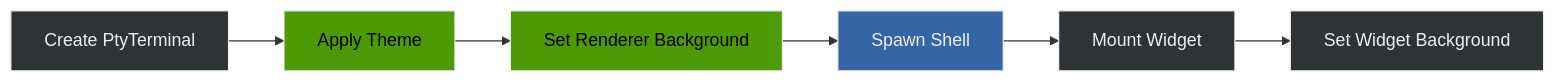
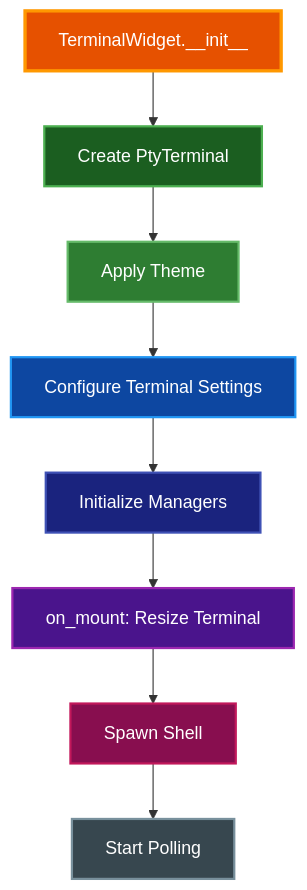
One commit to paulrobello/par-term-emu-tui-rust changed the diagram in docs/THEMES.md. Above: the diagram before and after it, drawn with Mermaid. The commit also changed other lines of this file and 21 other files, not shown here.

````diff
--- a/docs/THEMES.md
+++ b/docs/THEMES.md
@@ -321,15 +329,19 @@
 ```mermaid
-graph LR
-    A[Create PtyTerminal] --> B[Apply Theme]
-    B --> C[Set Renderer Background]
-    C --> D[Spawn Shell]
-    D --> E[Mount Widget]
-    E --> F[Set Widget Background]
+graph TD
+    A[TerminalWidget.__init__] --> B[Create PtyTerminal]
+    B --> C[Apply Theme]
+    C --> D[Configure Terminal Settings]
+    D --> E[Initialize Managers]
+    E --> F[on_mount: Resize Terminal]
+    F --> G[Spawn Shell]
+    G --> H[Start Polling]
 
-    style A fill:#2e3436,stroke:#eeeeec,color:#eeeeec
-    style B fill:#4e9a06,stroke:#eeeeec,color:#000000
-    style C fill:#4e9a06,stroke:#eeeeec,color:#000000
-    style D fill:#3465a4,stroke:#eeeeec,color:#eeeeec
-    style E fill:#2e3436,stroke:#eeeeec,color:#eeeeec
-    style F fill:#2e3436,stroke:#eeeeec,color:#eeeeec
+    style A fill:#e65100,stroke:#ff9800,stroke-width:3px,color:#ffffff
+    style B fill:#1b5e20,stroke:#4caf50,stroke-width:2px,color:#ffffff
+    style C fill:#2e7d32,stroke:#66bb6a,stroke-width:2px,color:#ffffff
+    style D fill:#0d47a1,stroke:#2196f3,stroke-width:2px,color:#ffffff
+    style E fill:#1a237e,stroke:#3f51b5,stroke-width:2px,color:#ffffff
+    style F fill:#4a148c,stroke:#9c27b0,stroke-width:2px,color:#ffffff
+    style G fill:#880e4f,stroke:#c2185b,stroke-width:2px,color:#ffffff
+    style H fill:#37474f,stroke:#78909c,stroke-width:2px,color:#ffffff
 ```
````
